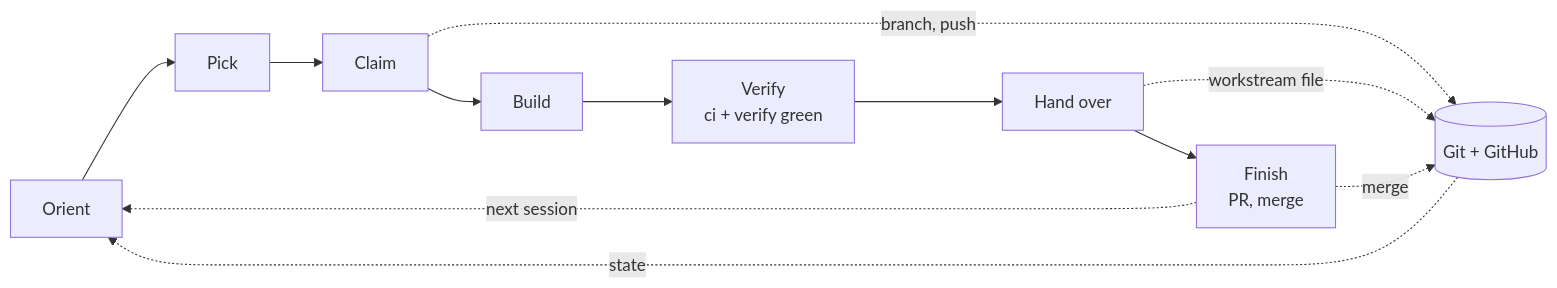
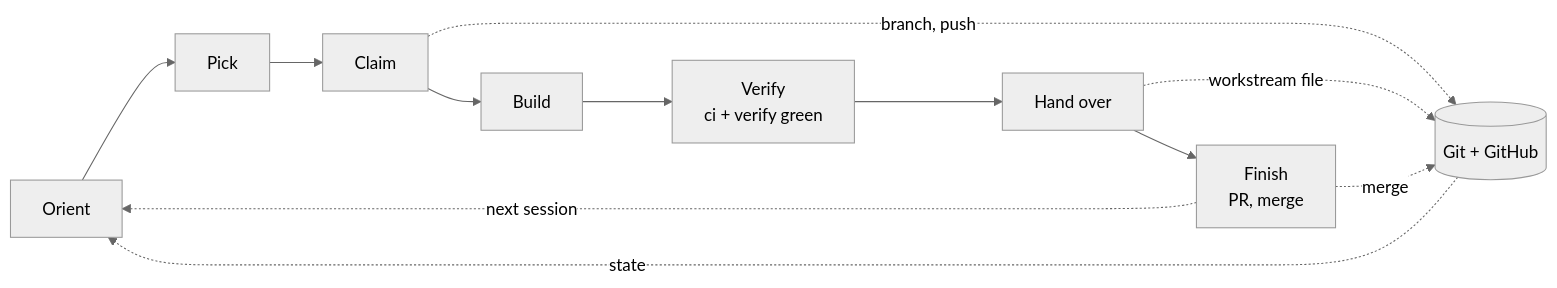
One commit to chrsctl/joharness changed the second of 4 diagrams in README.md. Above: the diagram before and after it, drawn with Mermaid. The commit also changed other lines of this file, not shown here.

First line of the commit message:
README: neutral Mermaid theme for the diagrams

````diff
--- a/README.md
+++ b/README.md
@@ -34,14 +35,15 @@
 ```mermaid
+%%{init: {'theme': 'neutral'}}%%
 flowchart LR
     accTitle: Session loop
     accDescr: Seven steps from orient to finish; git is the only memory between sessions.
 
     orient[Orient] --> pick[Pick] --> claim[Claim] --> build[Build]
     build --> verify["Verify<br/>ci + verify green"] --> handover[Hand over] --> finish["Finish<br/>PR, merge"]
     finish -. next session .-> orient
     git[("Git + GitHub")]
     claim -. branch, push .-> git
     handover -. workstream file .-> git
     finish -. merge .-> git
     git -. state .-> orient
 ```
````
